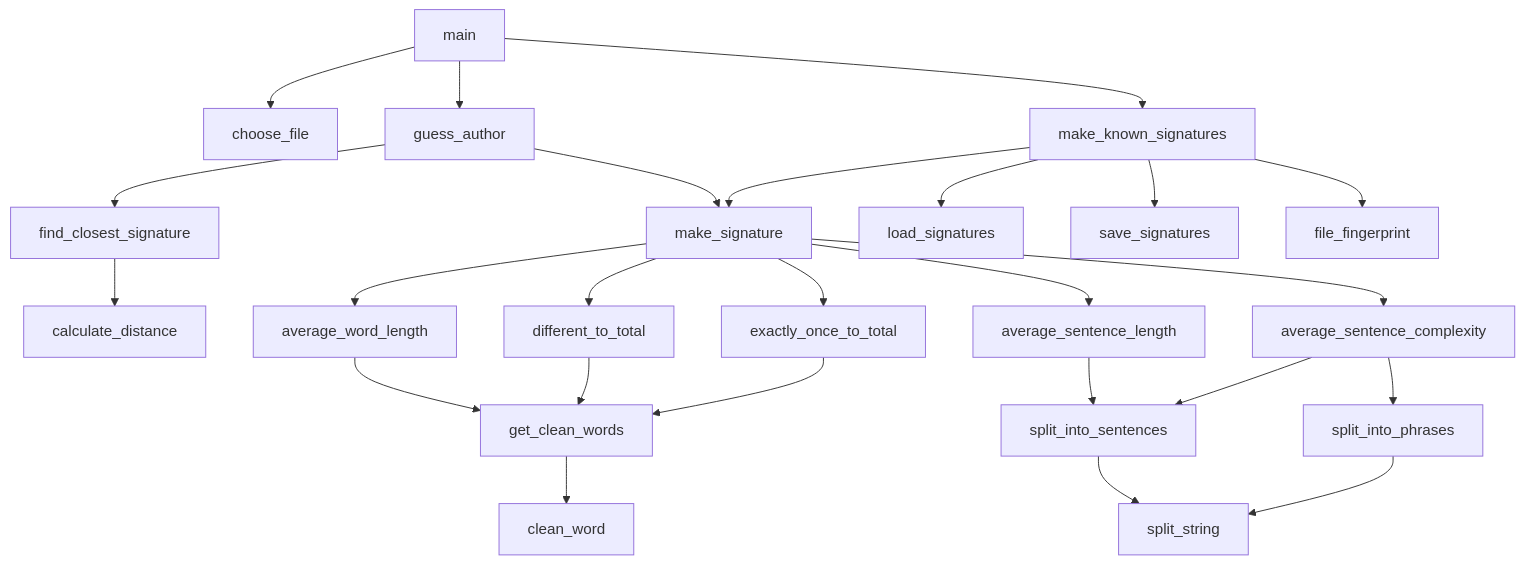
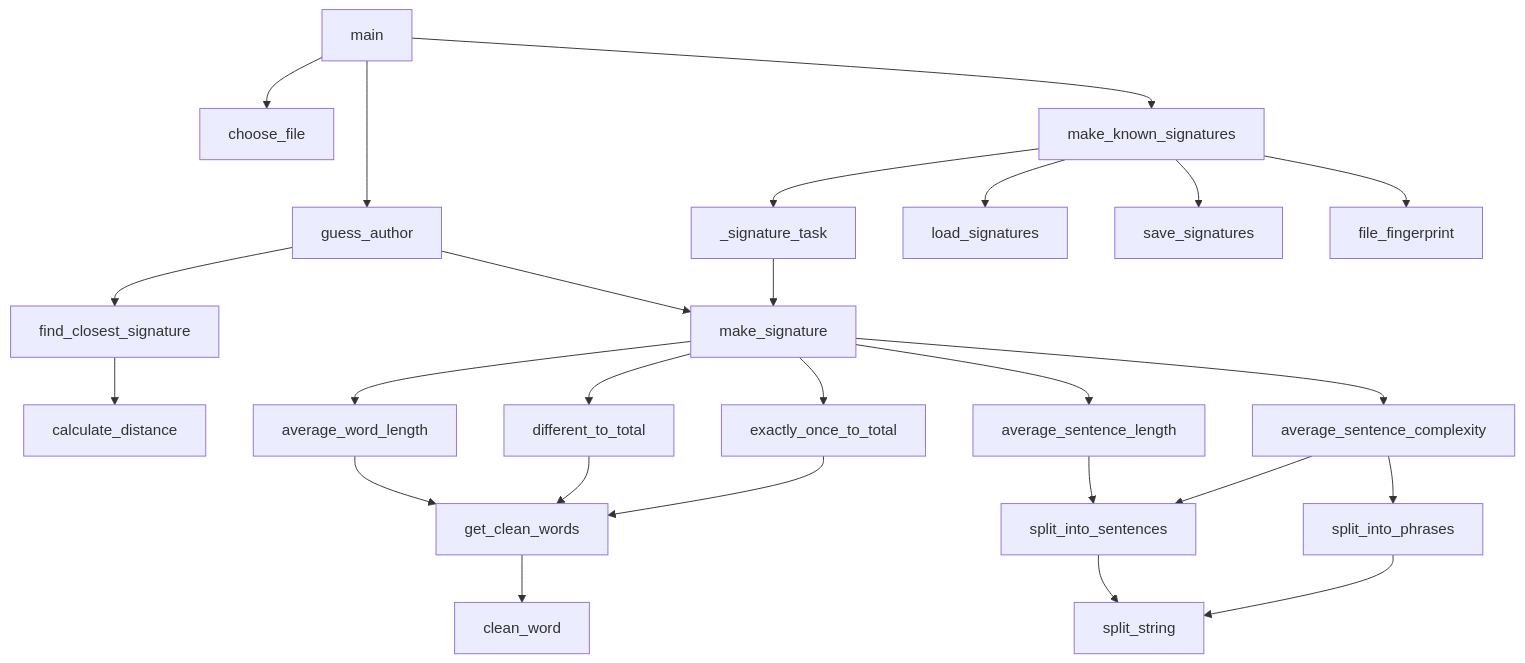
One commit to AidanColvin/style-distance changed the diagram in function-flow.md. Above: the diagram before and after it, drawn with Mermaid.

Commit message:
Refactor function flow diagram to improve task organization and clarify function relationships

````diff
--- a/function-flow.md
+++ b/function-flow.md
@@ -2,60 +2,62 @@
 ```mermaid
 flowchart TD
     %% Functions
             main
             
             choose_file
             guess_author
     
     make_known_signatures
     find_closest_signature
     make_signature
     calculate_distance
     
+    _signature_task
     load_signatures
     save_signatures
     file_fingerprint
     
     average_word_length
     different_to_total
     exactly_once_to_total
     average_sentence_length
     average_sentence_complexity
     
     get_clean_words
     split_into_sentences
     split_into_phrases
     clean_word
     split_string
     %% Calls
     main --> choose_file
     main --> guess_author
     main --> make_known_signatures
     
     guess_author --> find_closest_signature
     guess_author --> make_signature
-    make_known_signatures --> make_signature
     
     make_known_signatures --> load_signatures
+    make_known_signatures --> file_fingerprint
+    make_known_signatures --> _signature_task
     make_known_signatures --> save_signatures
-    make_known_signatures --> file_fingerprint
+    _signature_task --> make_signature
     
     find_closest_signature --> calculate_distance
     make_signature --> average_word_length
     make_signature --> different_to_total
     make_signature --> exactly_once_to_total
     make_signature --> average_sentence_length
     make_signature --> average_sentence_complexity
     
     average_word_length --> get_clean_words
     different_to_total --> get_clean_words
     exactly_once_to_total --> get_clean_words
     get_clean_words --> clean_word
     
     average_sentence_length --> split_into_sentences
     average_sentence_complexity --> split_into_sentences
     average_sentence_complexity --> split_into_phrases
     
     split_into_sentences --> split_string
     split_into_phrases --> split_string
 ```
````
